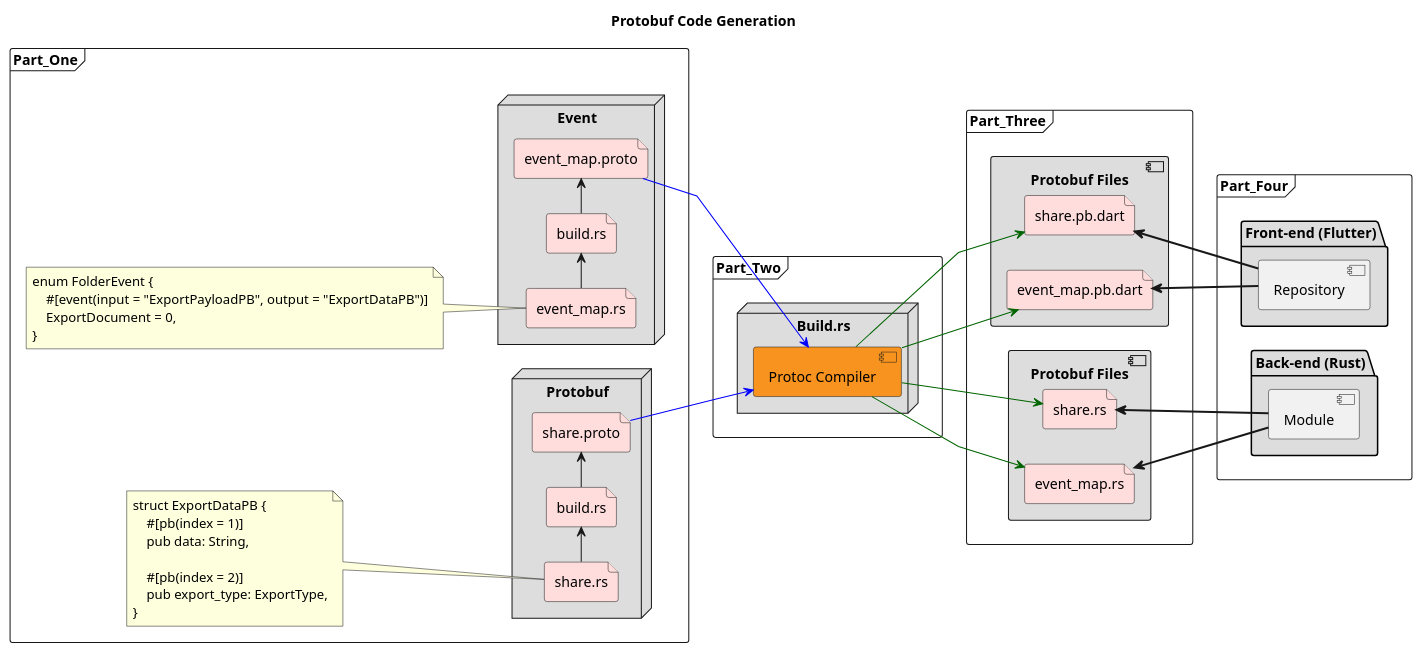
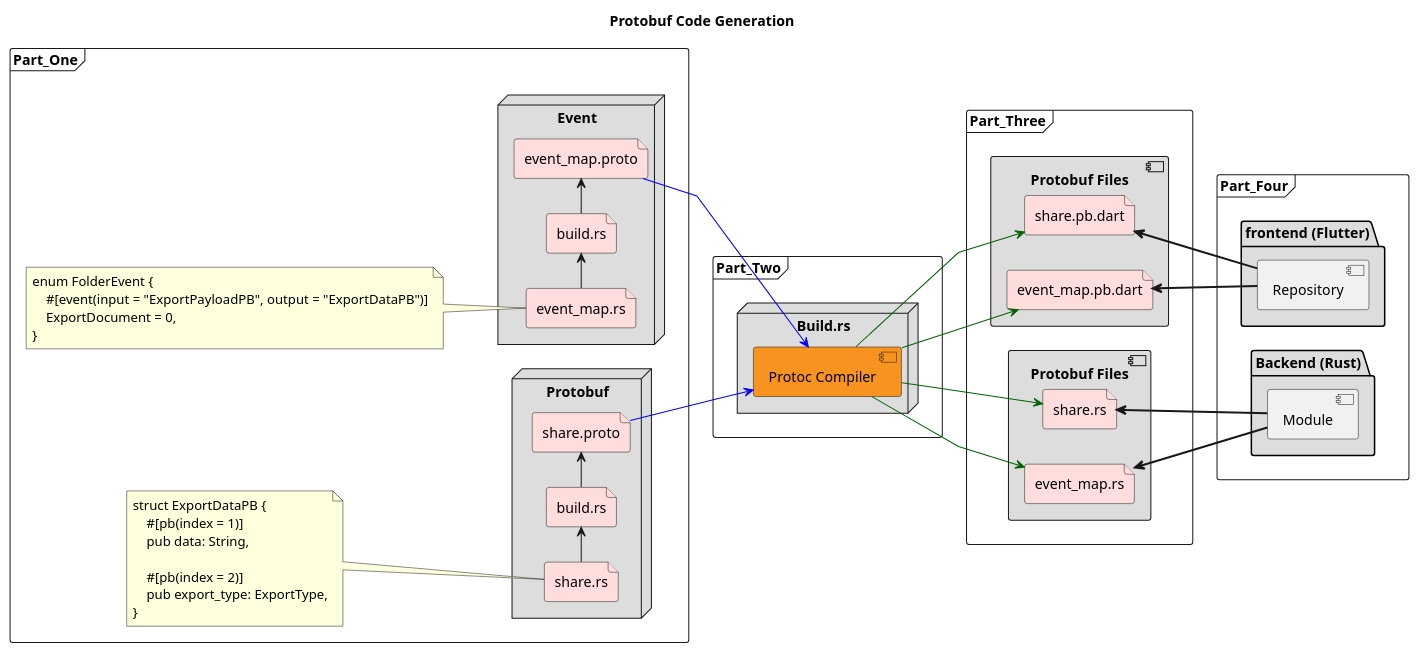
Before and after one commit to AppFlowy-IO/AppFlowy-Docs: the diagram in uml/rust_classes/protobuf_generate.plantuml, drawn with PlantUML. The commit also changed 16 other files, not shown here.

```diff
--- a/uml/rust_classes/protobuf_generate.plantuml
+++ b/uml/rust_classes/protobuf_generate.plantuml
@@ -1,83 +1,83 @@
 @startuml FlowySDK
 title Protobuf Code Generation
 left to right direction
 skinparam linetype polyline
 'skinparam monochrome reverse
 
 frame Part_One {
     node "Event" #DDDDDD {
         file EventSource as "event_map.rs" #FFDDDD
         file EventCodeGen as "build.rs" #FFDDDD
         file EventDefine as "event_map.proto" #FFDDDD
     }
     note left of EventSource
     enum FolderEvent {
         #[event(input = "ExportPayloadPB", output = "ExportDataPB")]
         ExportDocument = 0,
     }
     end note
 
     node "Protobuf" #DDDDDD {
         file PBSource as "share.rs" #FFDDDD
         file PBCodeGen as "build.rs" #FFDDDD
         file PBDefine as "share.proto" #FFDDDD
     }
     note left of PBSource
     struct ExportDataPB {
         #[pb(index = 1)]
         pub data: String,
 
         #[pb(index = 2)]
         pub export_type: ExportType,
     }
     end note
 
     EventSource -> EventCodeGen
         EventCodeGen -> EventDefine
         PBSource -> PBCodeGen
         PBCodeGen -> PBDefine
 }
 
 frame Part_Two {
     node "Build.rs" #DDDDDD {
         component Builder as "Protoc Compiler" #F7931E
     }
 }
 
 
 frame Part_Three {
     component Protobuf_Files_Dart as "Protobuf Files" #DDDDDD {
         file dart_event as "event_map.pb.dart" #FFDDDD
         file dart_pb as "share.pb.dart" #FFDDDD
     }
 
     component Protobuf_Files_Rust as "Protobuf Files" #DDDDDD {
         file rust_event as "event_map.rs" #FFDDDD
         file rust_pb as "share.rs" #FFDDDD
     }
 }
 
 frame Part_Four {
-    package "Front-end (Flutter)" #DDDDDD {
+    package "frontend (Flutter)" #DDDDDD {
         component Repository
     }
 
-    package "Back-end (Rust)" #DDDDDD {
+    package "Backend (Rust)" #DDDDDD {
         component Module
     }
 }
 
 EventDefine -[#blue]-> Builder
 PBDefine -[#blue]-> Builder
 
 Builder -[#DarkGreen]-> dart_event
 Builder -[#DarkGreen]-> dart_pb
 Builder -[#DarkGreen]-> rust_event
 Builder -[#DarkGreen]-> rust_pb
 
 Repository -[bold]up-> dart_event
 Repository -[bold]up-> dart_pb
 
 Module -[bold]up-> rust_event
 Module -[bold]up-> rust_pb
 @enduml
```
